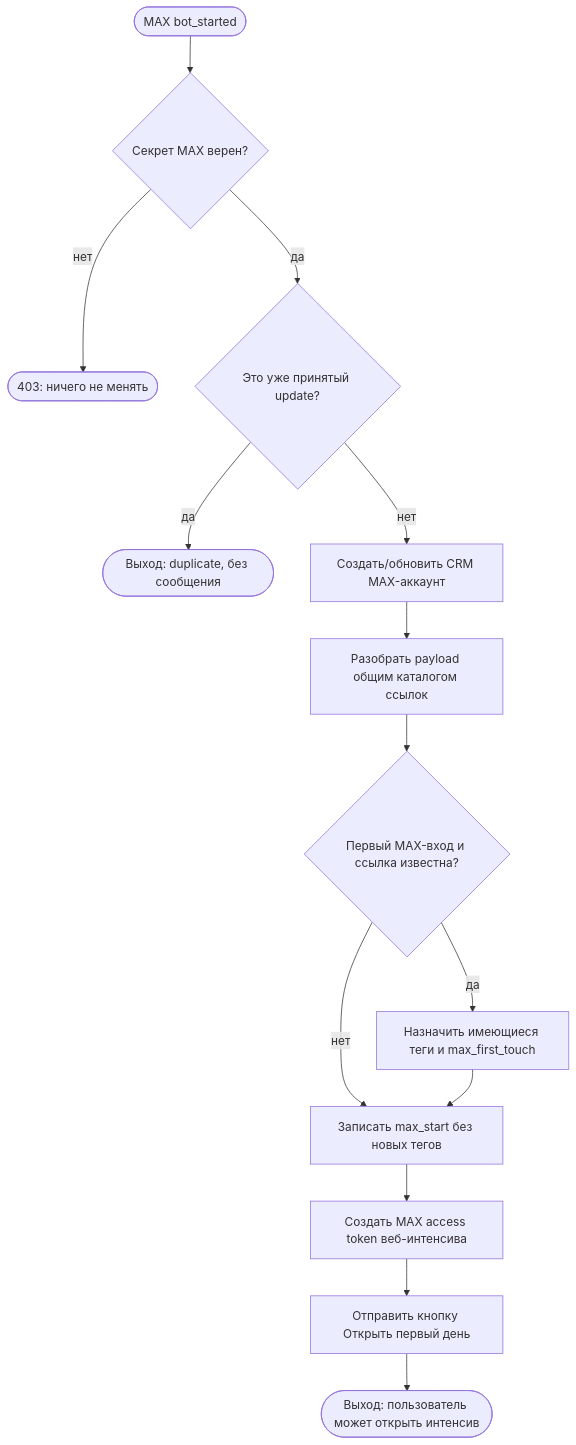
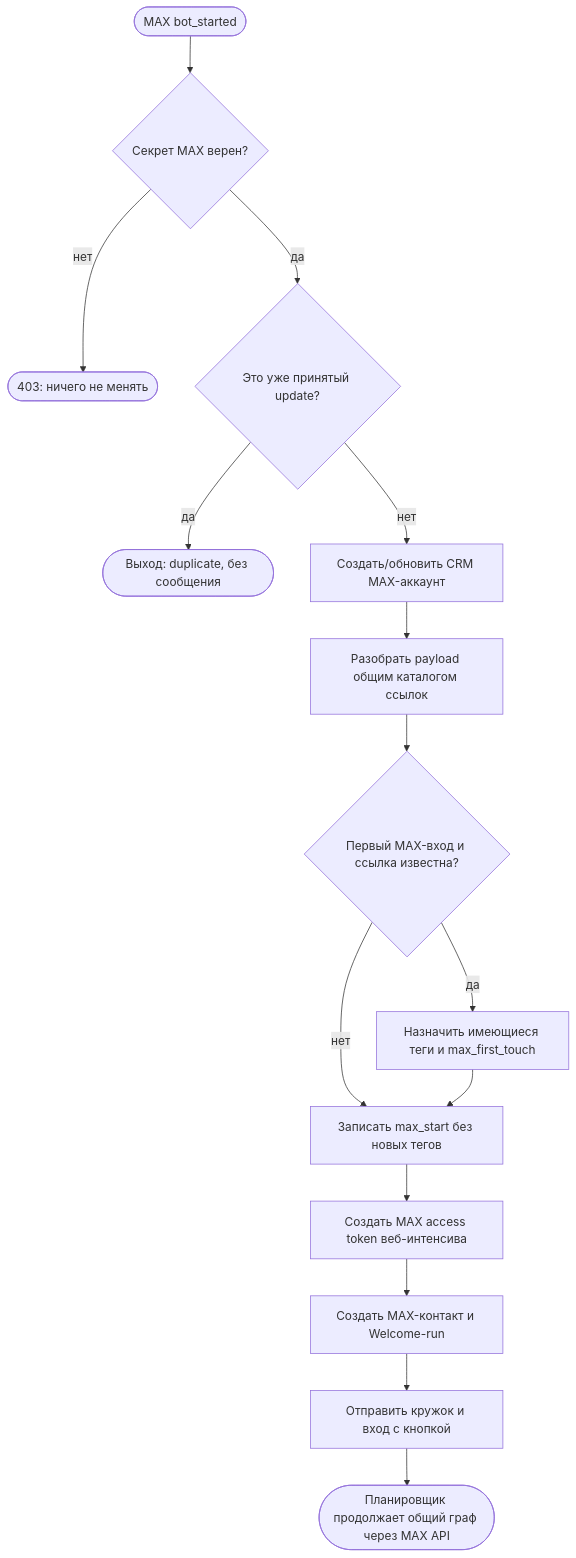
One commit to armagedongt/edabalans.ru changed the diagram in docs/knowledge-base/modules/max/START_AND_ATTRIBUTION.md. Above: the diagram before and after it, drawn with Mermaid. The commit also changed other lines of this file and 11 other files, not shown here.

Commit message:
Run welcome intensive through MAX

````diff
--- a/docs/knowledge-base/modules/max/START_AND_ATTRIBUTION.md
+++ b/docs/knowledge-base/modules/max/START_AND_ATTRIBUTION.md
@@ -95,16 +100,17 @@
 ```mermaid
 flowchart TD
     A([MAX bot_started]) --> B{Секрет MAX верен?}
     B -- нет --> X([403: ничего не менять])
     B -- да --> C{Это уже принятый update?}
     C -- да --> D([Выход: duplicate, без сообщения])
     C -- нет --> E[Создать/обновить CRM MAX-аккаунт]
     E --> F[Разобрать payload общим каталогом ссылок]
     F --> G{Первый MAX-вход и ссылка известна?}
     G -- да --> H[Назначить имеющиеся теги и max_first_touch]
     G -- нет --> I[Записать max_start без новых тегов]
     H --> I
     I --> J[Создать MAX access token веб-интенсива]
-    J --> K[Отправить кнопку Открыть первый день]
-    K --> L([Выход: пользователь может открыть интенсив])
+    J --> K[Создать MAX-контакт и Welcome-run]
+    K --> L[Отправить кружок и вход с кнопкой]
+    L --> M([Планировщик продолжает общий граф через MAX API])
 ```
````
